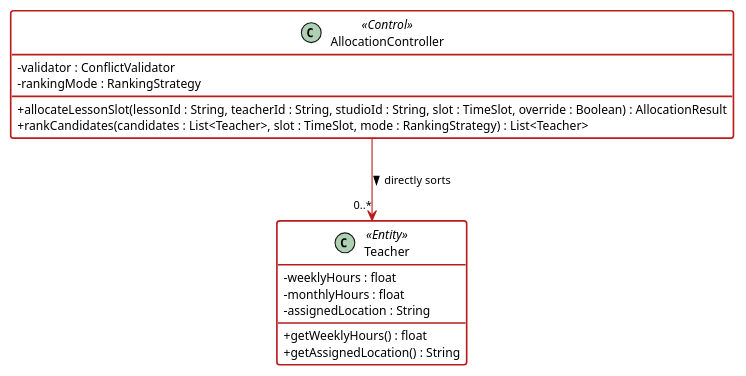
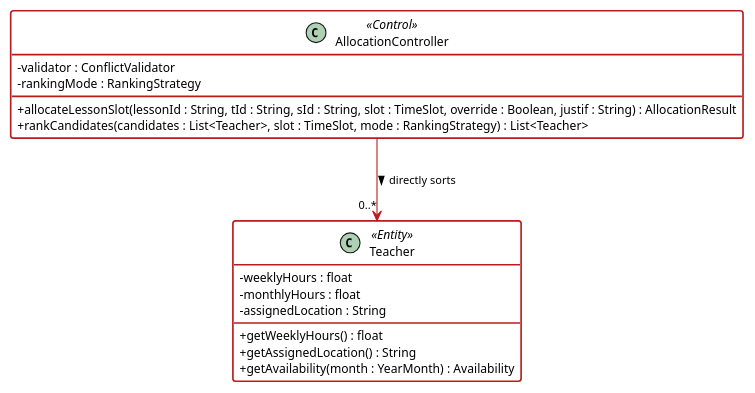
The diagram in report/assets/m2/pattern_before_excerpt.puml (adoreblvnk/2001temp), drawn with PlantUML before and after one commit. The commit also changed 39 other files, not shown here.

Commit message:
fix(report,wireframes,slides): align UML diagrams, interface contracts, testing, and PDF exports

```diff
--- a/report/assets/m2/pattern_before_excerpt.puml
+++ b/report/assets/m2/pattern_before_excerpt.puml
@@ -1,32 +1,33 @@
 @startuml pattern_before_excerpt
 skinparam classAttributeIconSize 0
 skinparam shadowing false
 skinparam defaultFontName "Helvetica", "Arial", sans-serif
 skinparam defaultFontSize 11
 skinparam class {
     BackgroundColor #FFFFFF
     BorderColor #B91C1C
     BorderThickness 1.5
 }
 skinparam arrow {
     Color #B91C1C
     FontSize 10
 }
 
 class AllocationController <<Control>> {
     - validator : ConflictValidator
     - rankingMode : RankingStrategy
-    + allocateLessonSlot(lessonId : String, teacherId : String, studioId : String, slot : TimeSlot, override : Boolean) : AllocationResult
+    + allocateLessonSlot(lessonId : String, tId : String, sId : String, slot : TimeSlot, override : Boolean, justif : String) : AllocationResult
     + rankCandidates(candidates : List<Teacher>, slot : TimeSlot, mode : RankingStrategy) : List<Teacher>
 }
 
 class Teacher <<Entity>> {
     - weeklyHours : float
     - monthlyHours : float
     - assignedLocation : String
     + getWeeklyHours() : float
     + getAssignedLocation() : String
+    + getAvailability(month : YearMonth) : Availability
 }
 AllocationController --> "0..*" Teacher : directly sorts >
 
 @enduml
```
